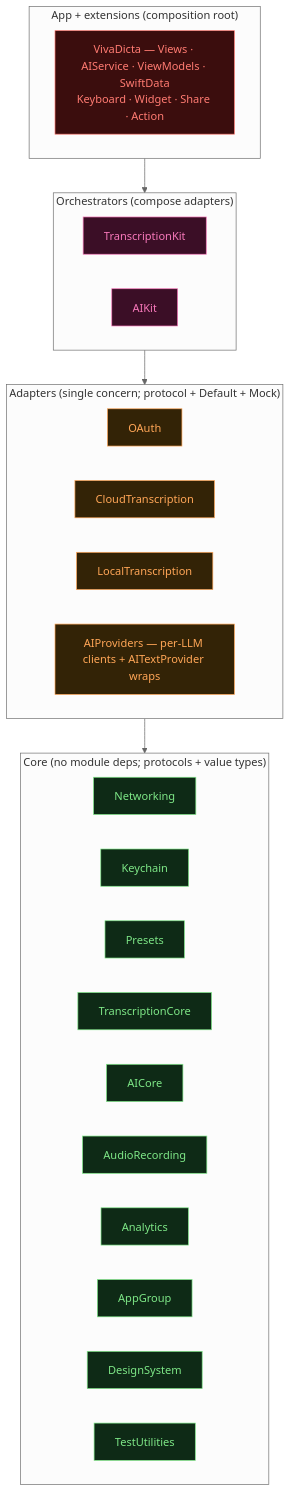
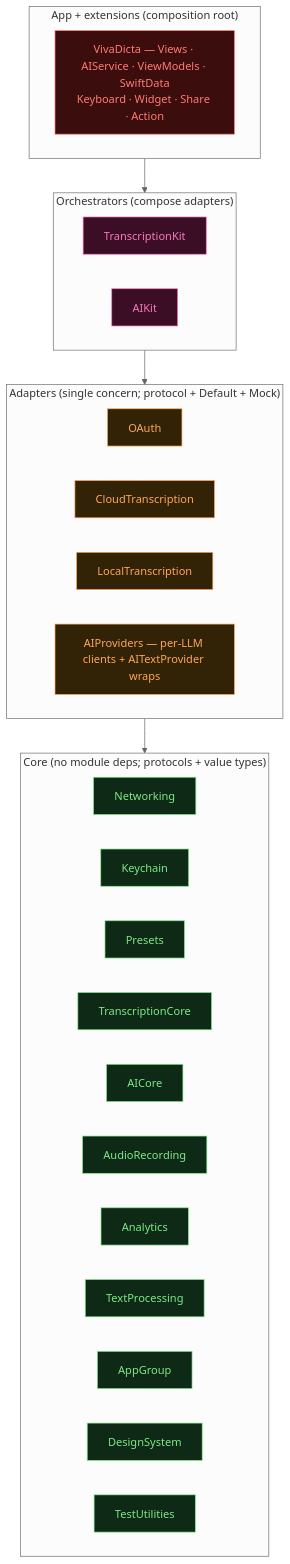
Before and after one commit to n0an/VivaDicta: the first of 4 diagrams in documentation/Module-Architecture.md, drawn with Mermaid (neutral theme). The commit also changed other lines of this file and 1 other file, not shown here.

First line of the commit message:
Docs: add TextProcessing module to the architecture diagrams + catalogue

````diff
--- a/documentation/Module-Architecture.md
+++ b/documentation/Module-Architecture.md
@@ -18,35 +18,36 @@
 ```mermaid
 flowchart TB
   classDef core fill:#0e2a16,stroke:#7ee787,color:#7ee787
   classDef adapter fill:#332306,stroke:#ffa657,color:#ffa657
   classDef orchestrator fill:#3b0e26,stroke:#f778ba,color:#f778ba
   classDef app fill:#3b0d0d,stroke:#ff7b72,color:#ff7b72
 
   subgraph APP["App + extensions (composition root)"]
     VivaDicta["VivaDicta — Views · AIService · ViewModels · SwiftData<br/>Keyboard · Widget · Share · Action"]:::app
   end
   subgraph ORCH["Orchestrators (compose adapters)"]
     TranscriptionKit:::orchestrator
     AIKit:::orchestrator
   end
   subgraph ADAPT["Adapters (single concern; protocol + Default + Mock)"]
     OAuth:::adapter
     CloudTranscription:::adapter
     LocalTranscription:::adapter
     AIProviders["AIProviders — per-LLM clients + AITextProvider wraps"]:::adapter
   end
   subgraph CORE["Core (no module deps; protocols + value types)"]
     Networking:::core
     Keychain:::core
     Presets:::core
     TranscriptionCore:::core
     AICore:::core
     AudioRecording:::core
     Analytics:::core
+    TextProcessing:::core
     AppGroup:::core
     DesignSystem:::core
     TestUtilities:::core
   end
 
   APP --> ORCH --> ADAPT --> CORE
 ```
````
